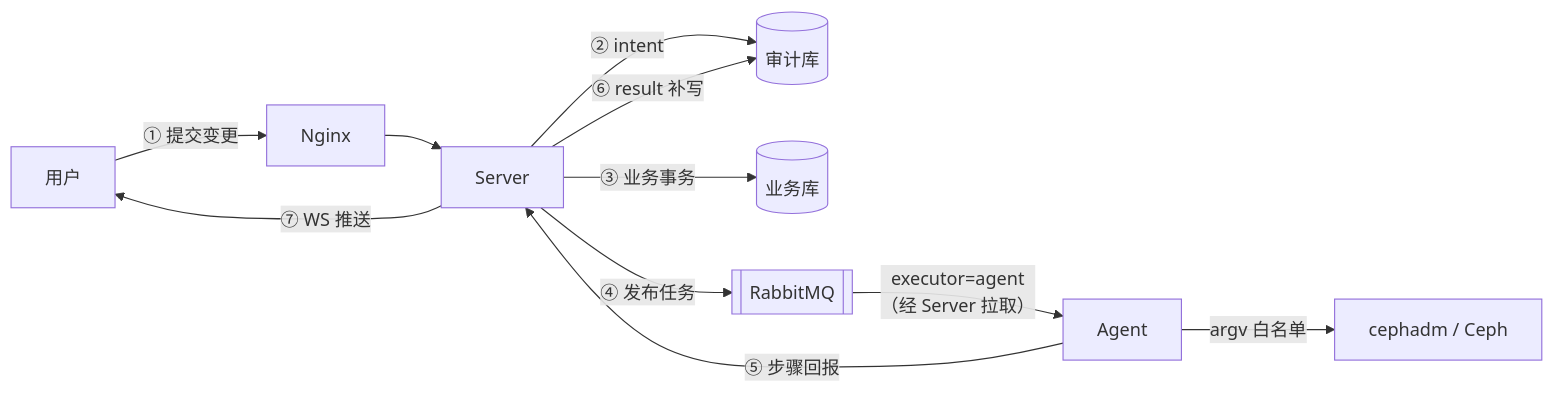
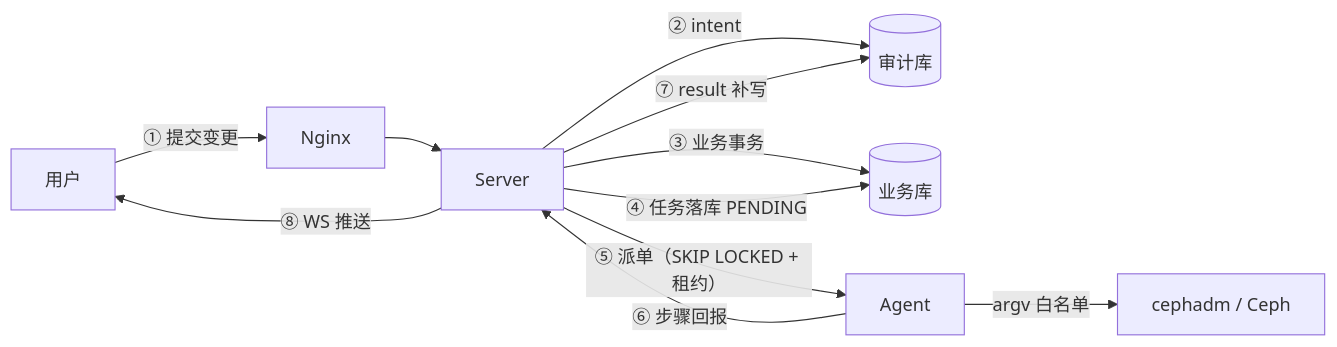
One commit to lnsyyj/winter changed the second of 19 diagrams in docs/02-研发线/04-架构师/架构时序与数据流图册.md. Above: the diagram before and after it, drawn with Mermaid. The commit also changed other lines of this file and 17 other files, not shown here.

First line of the commit message:
docs(arch): 取消 RabbitMQ，改用 PG 任务表 + SKIP LOCKED（ADR-36）

````diff
--- a/docs/02-研发线/04-架构师/架构时序与数据流图册.md
+++ b/docs/02-研发线/04-架构师/架构时序与数据流图册.md
@@ -119,13 +116,13 @@
 ```mermaid
 flowchart LR
   U["用户"] -->|"① 提交变更"| NG["Nginx"]
   NG --> S["Server"]
   S -->|"② intent"| ADB[("审计库")]
   S -->|"③ 业务事务"| PG[("业务库")]
-  S -->|"④ 发布任务"| MQ[["RabbitMQ"]]
-  MQ -->|"executor=agent<br/>（经 Server 拉取）"| A["Agent"]
+  S -->|"④ 任务落库 PENDING"| PG
+  S -->|"⑤ 派单（SKIP LOCKED + 租约）"| A["Agent"]
   A -->|"argv 白名单"| CE["cephadm / Ceph"]
-  A -->|"⑤ 步骤回报"| S
-  S -->|"⑥ result 补写"| ADB
-  S -->|"⑦ WS 推送"| U
+  A -->|"⑥ 步骤回报"| S
+  S -->|"⑦ result 补写"| ADB
+  S -->|"⑧ WS 推送"| U
 ```
````
